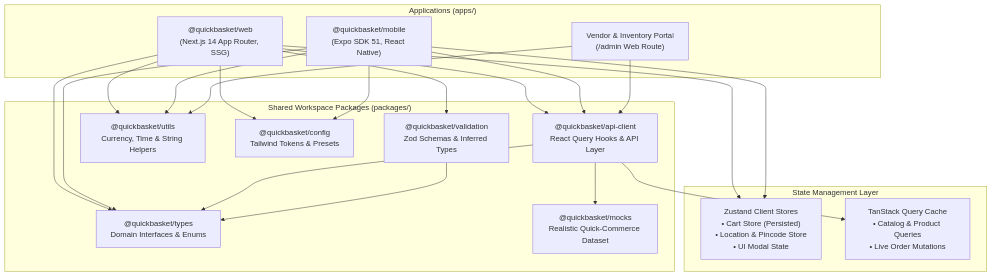
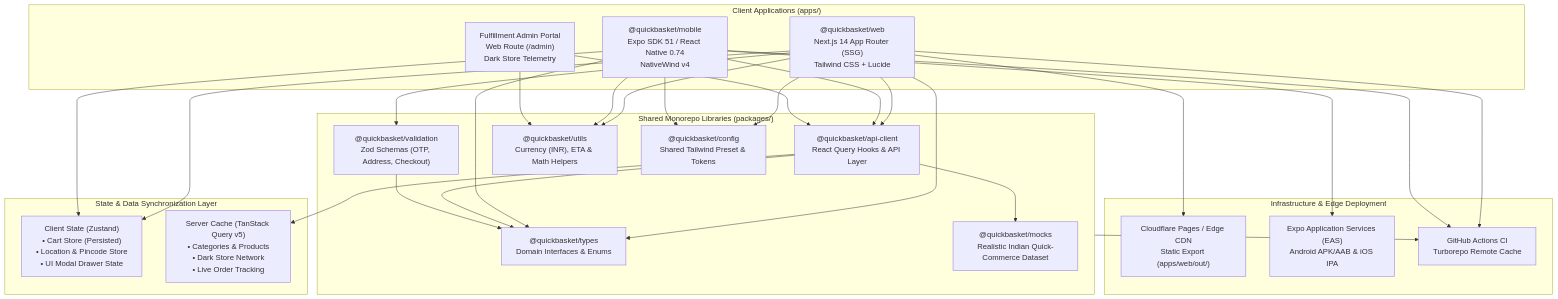
Before and after one commit to KISHOR403/QuickBasket: the first of 2 diagrams in README.md, drawn with Mermaid. The commit also changed other lines of this file, not shown here.

Commit message:
docs: upgrade README to industry standard with architecture diagrams and feature matrix

````diff
--- a/README.md
+++ b/README.md
@@ -48,43 +81,56 @@
 ```mermaid
 graph TD
-    subgraph Apps["Applications (apps/)"]
-        Web["@quickbasket/web<br/>(Next.js 14 App Router, SSG)"]
-        Mobile["@quickbasket/mobile<br/>(Expo SDK 51, React Native)"]
-        Admin["Vendor & Inventory Portal<br/>(/admin Web Route)"]
+    subgraph Clients["Client Applications (apps/)"]
+        Web["@quickbasket/web<br/>Next.js 14 App Router (SSG)<br/>Tailwind CSS + Lucide"]
+        Mobile["@quickbasket/mobile<br/>Expo SDK 51 / React Native 0.74<br/>NativeWind v4"]
+        Admin["Fulfillment Admin Portal<br/>Web Route (/admin)<br/>Dark Store Telemetry"]
     end
 
-    subgraph StateLayer["State Management Layer"]
-        ClientState["Zustand Client Stores<br/>• Cart Store (Persisted)<br/>• Location & Pincode Store<br/>• UI Modal State"]
-        ServerState["TanStack Query Cache<br/>• Catalog & Product Queries<br/>• Live Order Mutations"]
+    subgraph StateLayer["State & Data Synchronization Layer"]
+        ClientState["Client State (Zustand)<br/>• Cart Store (Persisted)<br/>• Location & Pincode Store<br/>• UI Modal Drawer State"]
+        ServerState["Server Cache (TanStack Query v5)<br/>• Categories & Products<br/>• Dark Store Network<br/>• Live Order Tracking"]
     end
 
-    subgraph Packages["Shared Workspace Packages (packages/)"]
+    subgraph SharedPackages["Shared Monorepo Libraries (packages/)"]
         ApiClient["@quickbasket/api-client<br/>React Query Hooks & API Layer"]
-        Validation["@quickbasket/validation<br/>Zod Schemas & Inferred Types"]
+        Validation["@quickbasket/validation<br/>Zod Schemas (OTP, Address, Checkout)"]
         Types["@quickbasket/types<br/>Domain Interfaces & Enums"]
-        Utils["@quickbasket/utils<br/>Currency, Time & String Helpers"]
-        Config["@quickbasket/config<br/>Tailwind Tokens & Presets"]
-        Mocks["@quickbasket/mocks<br/>Realistic Quick-Commerce Dataset"]
+        Utils["@quickbasket/utils<br/>Currency (INR), ETA & Math Helpers"]
+        Config["@quickbasket/config<br/>Shared Tailwind Preset & Tokens"]
+        Mocks["@quickbasket/mocks<br/>Realistic Indian Quick-Commerce Dataset"]
     end
 
+    subgraph Infrastructure["Infrastructure & Edge Deployment"]
+        Cloudflare["Cloudflare Pages / Edge CDN<br/>Static Export (apps/web/out/)"]
+        EAS["Expo Application Services (EAS)<br/>Android APK/AAB & iOS IPA"]
+        GitHubActions["GitHub Actions CI<br/>Turborepo Remote Cache"]
+    end
+
+    %% Client App Dependencies
     Web --> ApiClient
     Web --> ClientState
     Web --> Config
     Web --> Types
     Web --> Utils
     Web --> Validation
 
     Mobile --> ApiClient
     Mobile --> ClientState
     Mobile --> Config
     Mobile --> Types
     Mobile --> Utils
 
     Admin --> ApiClient
     Admin --> Utils
 
+    %% Data Layer Connections
     ApiClient --> Mocks
     ApiClient --> Types
     ApiClient --> ServerState
     Validation --> Types
+
+    %% Infra Connections
+    Web --> Cloudflare
+    Mobile --> EAS
+    Web & Mobile & SharedPackages --> GitHubActions
 ```
````
